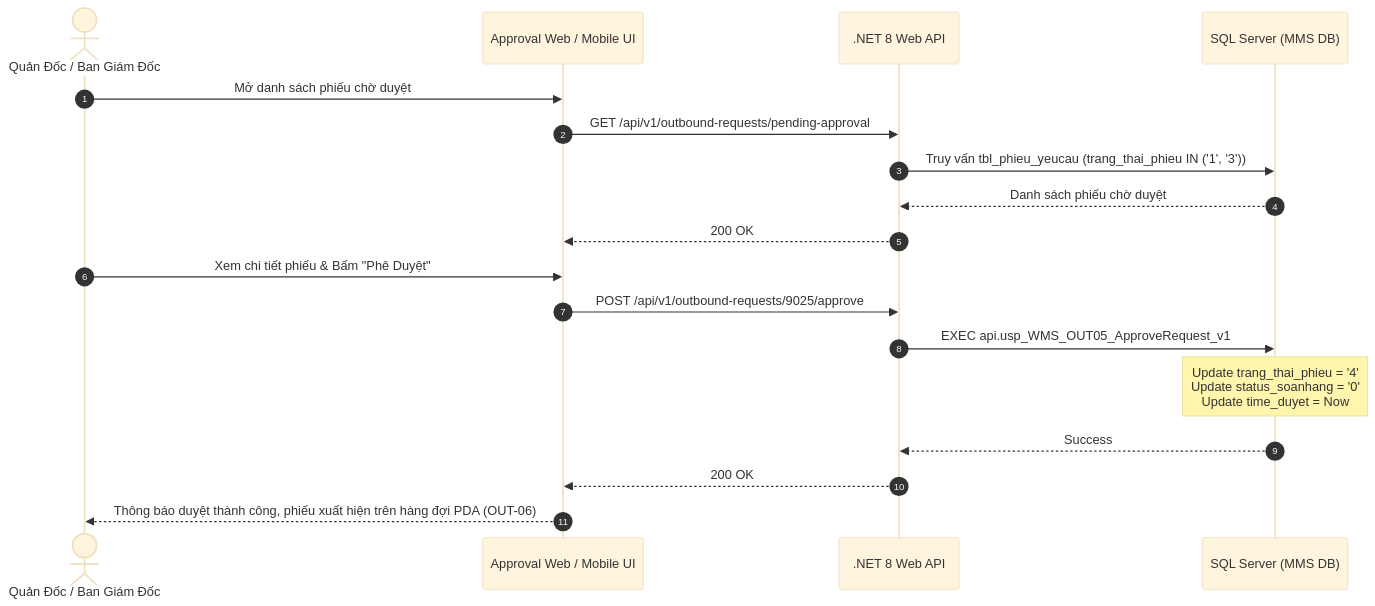
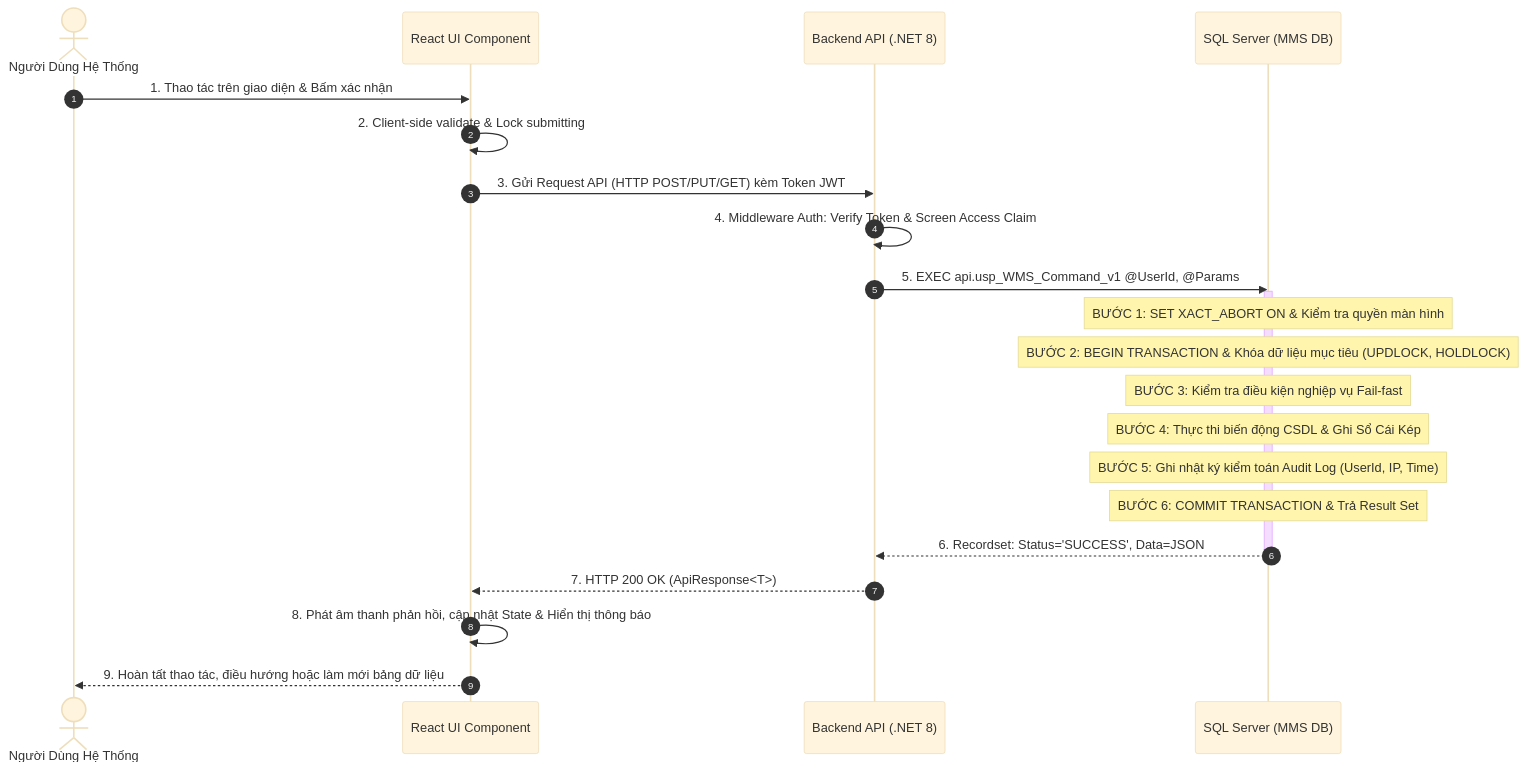
One commit to Sohoa-KNSG/mms changed the third of 4 diagrams in docs/03-use-cases/UC-24_OUT-05.md. Above: the diagram before and after it, drawn with Mermaid (base theme). The commit also changed other lines of this file and 18 other files, not shown here.

Commit message:
docs: add internal Stored Procedure execution order and transaction logic steps to Sequence Diagrams across all use cases

````diff
--- a/docs/03-use-cases/UC-24_OUT-05.md
+++ b/docs/03-use-cases/UC-24_OUT-05.md
@@ -140,21 +140,29 @@
 ```mermaid
 sequenceDiagram
     autonumber
-    actor Manager as Quản Đốc / Ban Giám Đốc
-    participant UI as Approval Web / Mobile UI
-    participant API as .NET 8 Web API
+    actor User as Người Dùng Hệ Thống
+    participant UI as React UI Component
+    participant API as Backend API (.NET 8)
     participant DB as SQL Server (MMS DB)
 
-    Manager->>UI: Mở danh sách phiếu chờ duyệt
-    UI->>API: GET /api/v1/outbound-requests/pending-approval
-    API->>DB: Truy vấn tbl_phieu_yeucau (trang_thai_phieu IN ('1', '3'))
-    DB-->>API: Danh sách phiếu chờ duyệt
-    API-->>UI: 200 OK
-    Manager->>UI: Xem chi tiết phiếu & Bấm "Phê Duyệt"
-    UI->>API: POST /api/v1/outbound-requests/9025/approve
-    API->>DB: EXEC api.usp_WMS_OUT05_ApproveRequest_v1
-    Note over DB: Update trang_thai_phieu = '4'<br/>Update status_soanhang = '0'<br/>Update time_duyet = Now
-    DB-->>API: Success
-    API-->>UI: 200 OK
-    UI-->>Manager: Thông báo duyệt thành công, phiếu xuất hiện trên hàng đợi PDA (OUT-06)
+    User->>UI: 1. Thao tác trên giao diện & Bấm xác nhận
+    UI->>UI: 2. Client-side validate & Lock submitting
+    UI->>API: 3. Gửi Request API (HTTP POST/PUT/GET) kèm Token JWT
+    
+    API->>API: 4. Middleware Auth: Verify Token & Screen Access Claim
+    API->>DB: 5. EXEC api.usp_WMS_Command_v1 @UserId, @Params
+    
+    activate DB
+    Note over DB: BƯỚC 1: SET XACT_ABORT ON & Kiểm tra quyền màn hình
+    Note over DB: BƯỚC 2: BEGIN TRANSACTION & Khóa dữ liệu mục tiêu (UPDLOCK, HOLDLOCK)
+    Note over DB: BƯỚC 3: Kiểm tra điều kiện nghiệp vụ Fail-fast
+    Note over DB: BƯỚC 4: Thực thi biến động CSDL & Ghi Sổ Cái Kép
+    Note over DB: BƯỚC 5: Ghi nhật ký kiểm toán Audit Log (UserId, IP, Time)
+    Note over DB: BƯỚC 6: COMMIT TRANSACTION & Trả Result Set
+    DB-->>API: 6. Recordset: Status='SUCCESS', Data=JSON
+    deactivate DB
+
+    API-->>UI: 7. HTTP 200 OK (ApiResponse<T>)
+    UI->>UI: 8. Phát âm thanh phản hồi, cập nhật State & Hiển thị thông báo
+    UI-->>User: 9. Hoàn tất thao tác, điều hướng hoặc làm mới bảng dữ liệu
 ```
````
